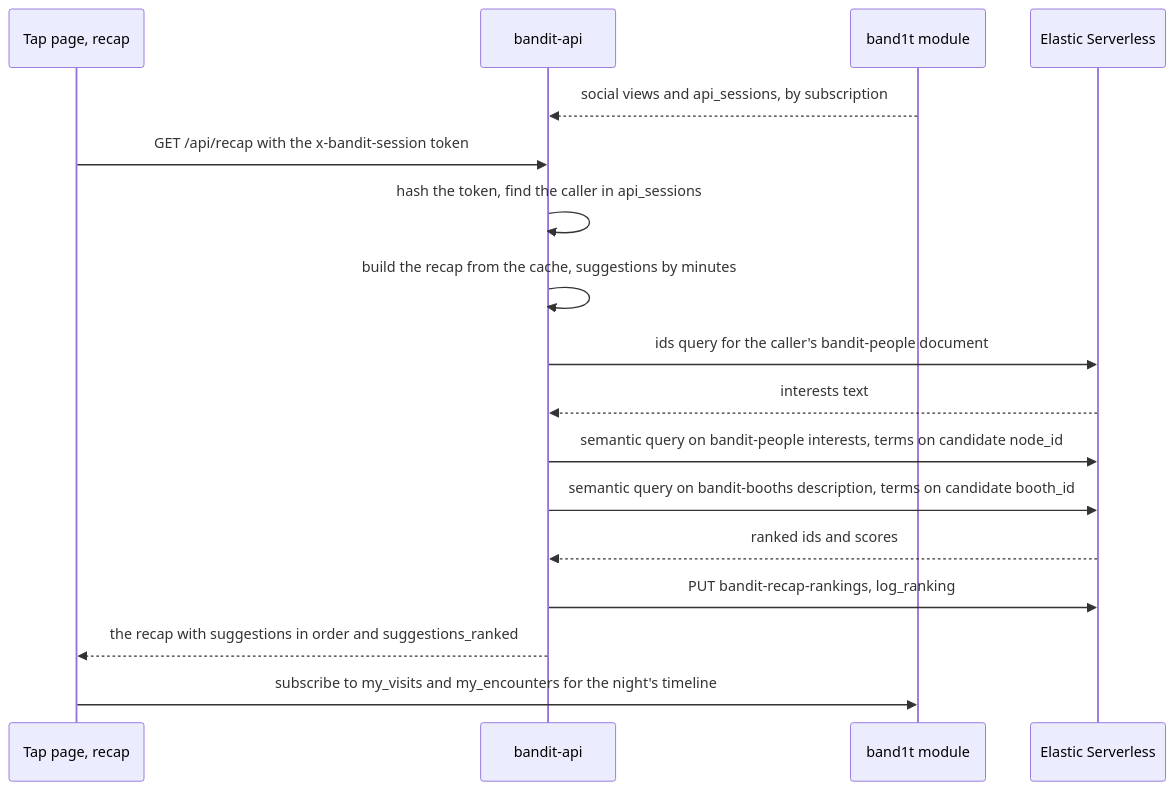
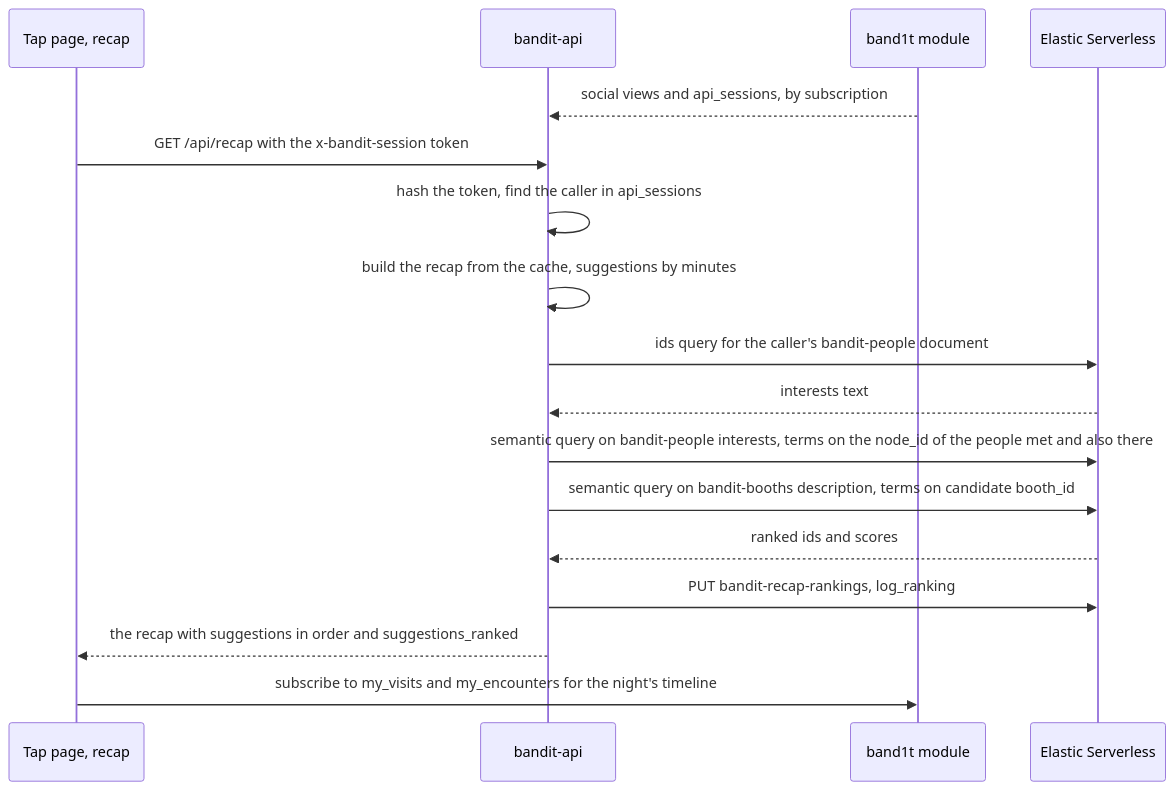
Before and after one commit to viktorinkov/cal-hacks-13: the sixth of 8 diagrams in System Design/7-integrations/Elastic.md, drawn with Mermaid. The commit also changed other lines of this file and 2 other files, not shown here.

Commit message:
system design: rank Also there with you by shared interests

````diff
--- a/System Design/7-integrations/Elastic.md
+++ b/System Design/7-integrations/Elastic.md
@@ -554,19 +555,19 @@
 ```mermaid
 sequenceDiagram
   participant APP as Tap page, recap
   participant API as bandit-api
   participant STDB as band1t module
   participant ES as Elastic Serverless
   STDB-->>API: social views and api_sessions, by subscription
   APP->>API: GET /api/recap with the x-bandit-session token
   API->>API: hash the token, find the caller in api_sessions
   API->>API: build the recap from the cache, suggestions by minutes
   API->>ES: ids query for the caller's bandit-people document
   ES-->>API: interests text
-  API->>ES: semantic query on bandit-people interests, terms on candidate node_id
+  API->>ES: semantic query on bandit-people interests, terms on the node_id of the people met and also there
   API->>ES: semantic query on bandit-booths description, terms on candidate booth_id
   ES-->>API: ranked ids and scores
   API->>ES: PUT bandit-recap-rankings, log_ranking
   API-->>APP: the recap with suggestions in order and suggestions_ranked
   APP->>STDB: subscribe to my_visits and my_encounters for the night's timeline
 ```
````
